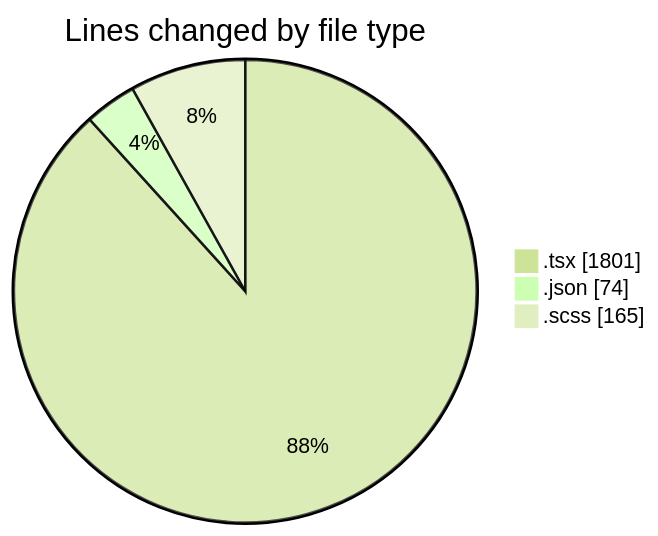
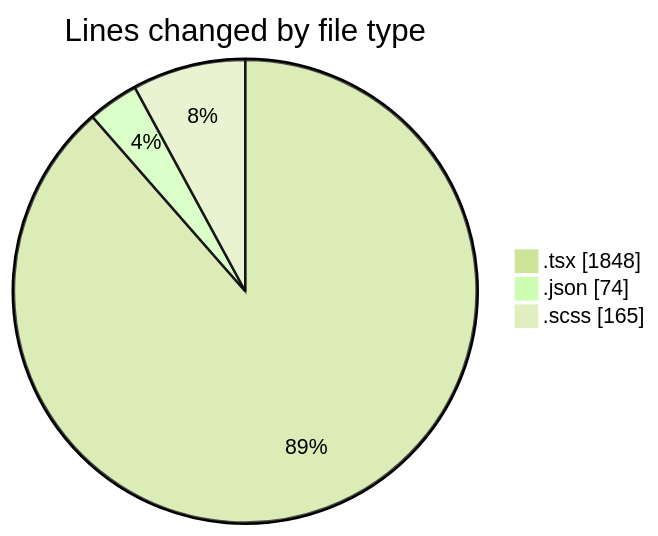
The first of 2 diagrams in 2025-04-08/cda/README.md (momahboobian/code-tracking), drawn with Mermaid (forest theme) before and after one commit. The commit also changed other lines of this file and 1 other file, not shown here.

````diff
--- a/2025-04-08/cda/README.md
+++ b/2025-04-08/cda/README.md
@@ -24,7 +25,7 @@
 ```mermaid
 pie showData
 title Lines changed by file type
-".tsx" : 1801
+".tsx" : 1848
 ".json" : 74
 ".scss" : 165
 ```
````
